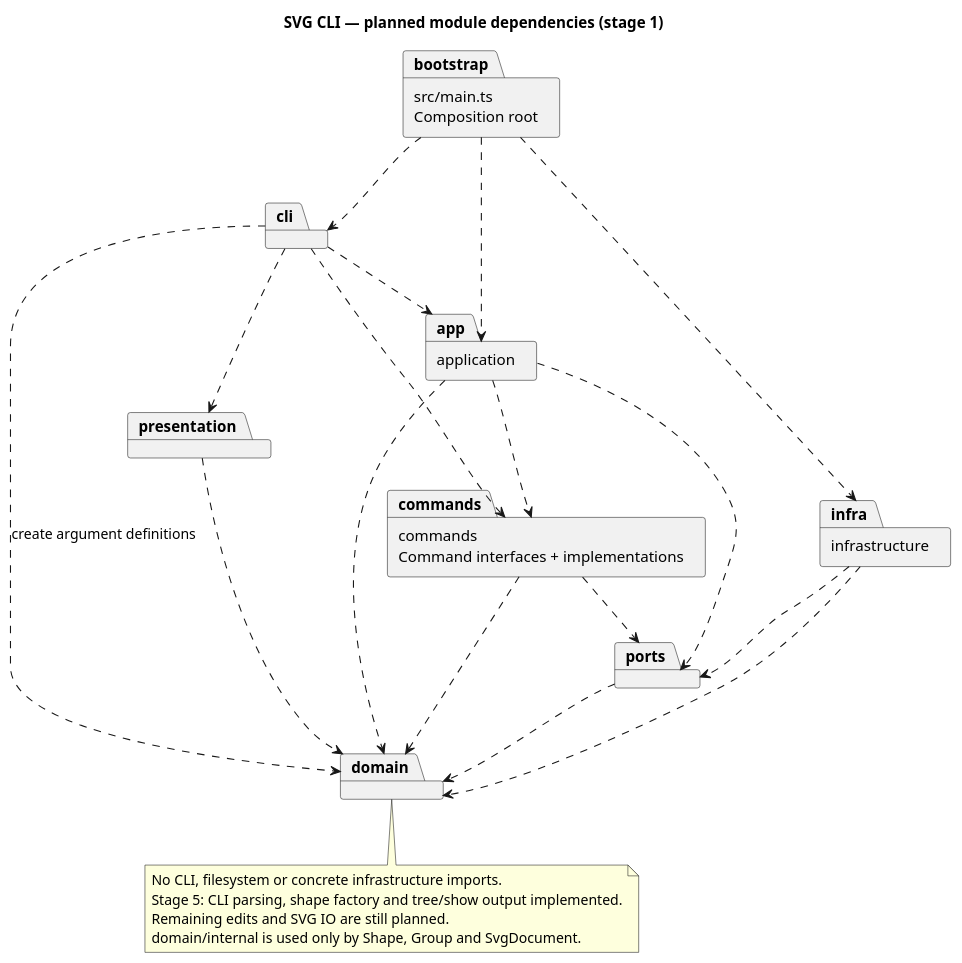
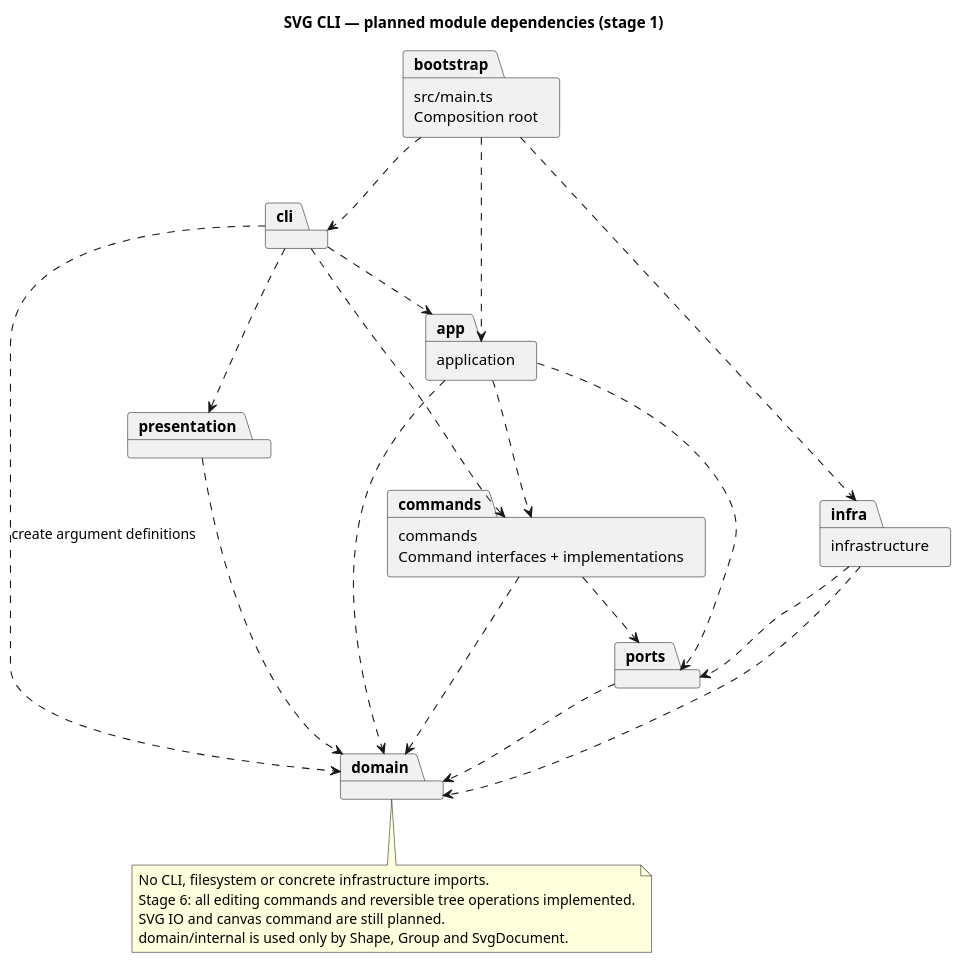
The diagram in doc/architecture.puml (Liusizhuozhuo/svg-editor-lab1), drawn with PlantUML before and after one commit. The commit also changed 30 other files, not shown here.

Commit message:
feat: complete editing commands and reversible tree operations

```diff
--- a/doc/architecture.puml
+++ b/doc/architecture.puml
@@ -1,35 +1,35 @@
 @startuml
 title SVG CLI — planned module dependencies (stage 1)
 skinparam componentStyle rectangle
 package "src/main.ts\nComposition root" as bootstrap
 package "cli" as cli
 package "application" as app
 package "commands\nCommand interfaces + implementations" as commands
 package "domain" as domain
 package "ports" as ports
 package "infrastructure" as infra
 package "presentation" as presentation
 
 bootstrap ..> cli
 bootstrap ..> app
 bootstrap ..> infra
 cli ..> app
 cli ..> commands
 cli ..> presentation
 cli ..> domain : create argument definitions
 app ..> commands
 app ..> domain
 app ..> ports
 commands ..> domain
 commands ..> ports
 presentation ..> domain
 infra ..> ports
 infra ..> domain
 ports ..> domain
 note bottom of domain
 No CLI, filesystem or concrete infrastructure imports.
-Stage 5: CLI parsing, shape factory and tree/show output implemented.
-Remaining edits and SVG IO are still planned.
+Stage 6: all editing commands and reversible tree operations implemented.
+SVG IO and canvas command are still planned.
 domain/internal is used only by Shape, Group and SvgDocument.
 end note
 @enduml
```
